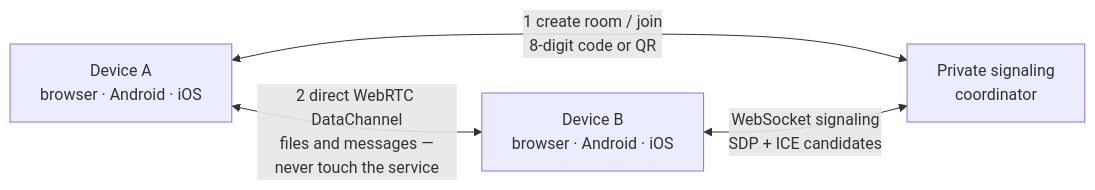
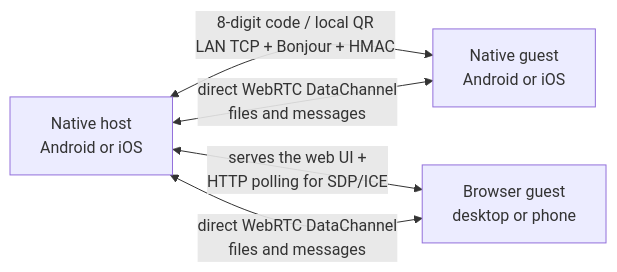
The diagram in README.md (open-coolqoo/lan-share), drawn with Mermaid before and after one commit. The commit also changed other lines of this file and 65 other files, not shown here.

First line of the commit message:
feat: add serverless local pairing for web and native clients

````diff
--- a/README.md
+++ b/README.md
@@ -47,9 +72,10 @@
 ```mermaid
 flowchart LR
-    A["Device A<br>browser · Android · iOS"]
-    S["Private signaling<br>coordinator"]
-    B["Device B<br>browser · Android · iOS"]
-    A <-->|"1 create room / join<br>8-digit code or QR"| S
-    B <-->|"WebSocket signaling<br>SDP + ICE candidates"| S
-    A <-->|"2 direct WebRTC DataChannel<br>files and messages —<br>never touch the service"| B
+    H["Native host<br>Android or iOS"]
+    N["Native guest<br>Android or iOS"]
+    W["Browser guest<br>desktop or phone"]
+    H <-->|"8-digit code / local QR<br>LAN TCP + Bonjour + HMAC"| N
+    H <-->|"serves the web UI +<br>HTTP polling for SDP/ICE"| W
+    H <-->|"direct WebRTC DataChannel<br>files and messages"| N
+    H <-->|"direct WebRTC DataChannel<br>files and messages"| W
 ```
````
